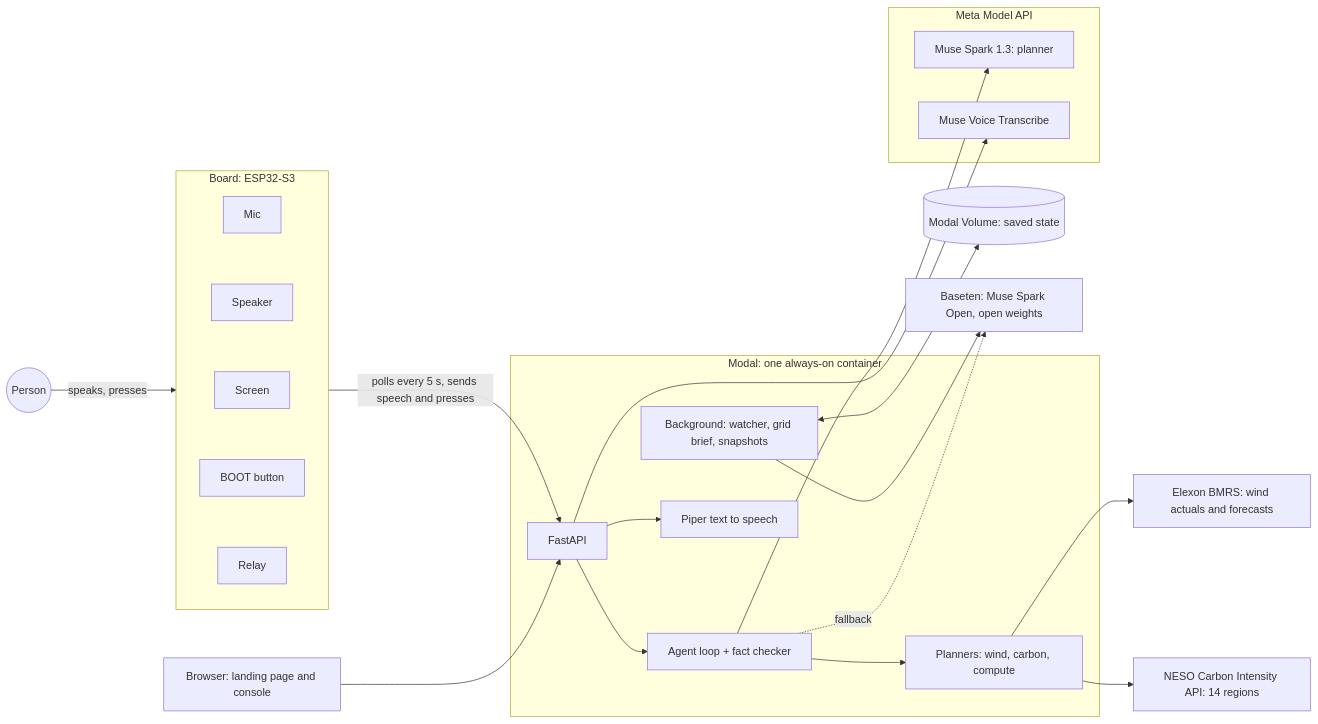
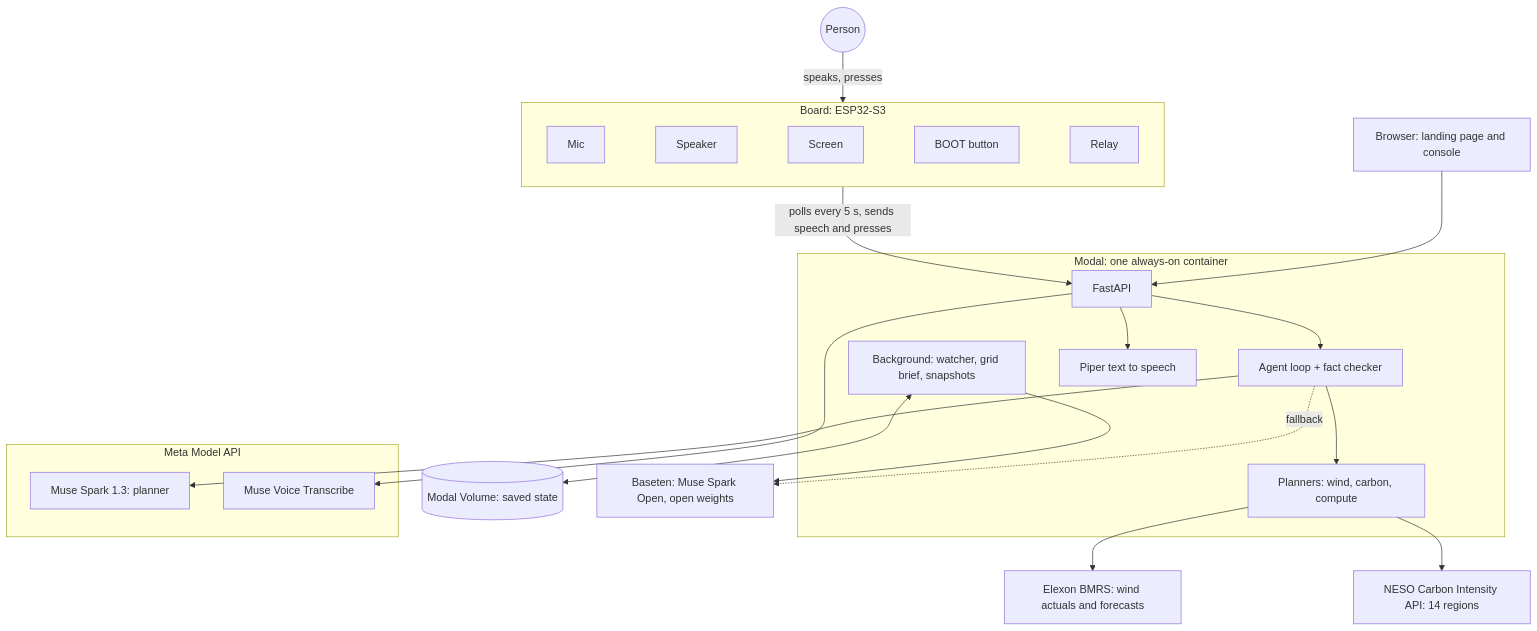
The first of 10 diagrams in ARCHITECTURE.md (N-45div/cogdiv-light), drawn with Mermaid before and after one commit. The commit also changed other lines of this file, not shown here.

Commit message:
ARCHITECTURE.md: fix the voice diagram (a semicolon ended the line), system diagram top to bottom

````diff
--- a/ARCHITECTURE.md
+++ b/ARCHITECTURE.md
@@ -21,38 +21,38 @@
 ```mermaid
-flowchart LR
+flowchart TB
     person((Person))
     subgraph board["Board: ESP32-S3"]
         mic[Mic] ~~~ spk[Speaker] ~~~ screen[Screen] ~~~ button[BOOT button] ~~~ relay[Relay]
     end
     browser["Browser: landing page and console"]
 
     subgraph modal["Modal: one always-on container"]
         api[FastAPI]
         agent["Agent loop + fact checker"]
         planners["Planners: wind, carbon, compute"]
         loops["Background: watcher, grid brief, snapshots"]
         piper["Piper text to speech"]
     end
     volume[("Modal Volume: saved state")]
 
     subgraph meta["Meta Model API"]
         spark["Muse Spark 1.3: planner"]
         whisper["Muse Voice Transcribe"]
     end
     baseten["Baseten: Muse Spark Open, open weights"]
     elexon["Elexon BMRS: wind actuals and forecasts"]
     neso["NESO Carbon Intensity API: 14 regions"]
 
     person -- speaks, presses --> board
     board -- "polls every 5 s, sends speech and presses" --> api
     browser --> api
     api --> agent --> planners
     agent --> spark
     agent -. fallback .-> baseten
     api --> whisper
     loops --> baseten
     planners --> elexon
     planners --> neso
     api --> piper
     loops <--> volume
 ```
````
